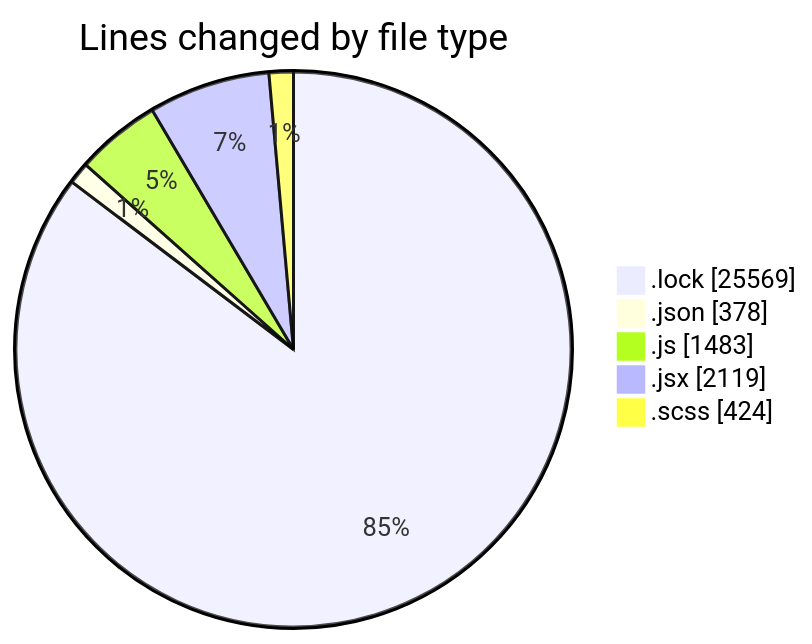
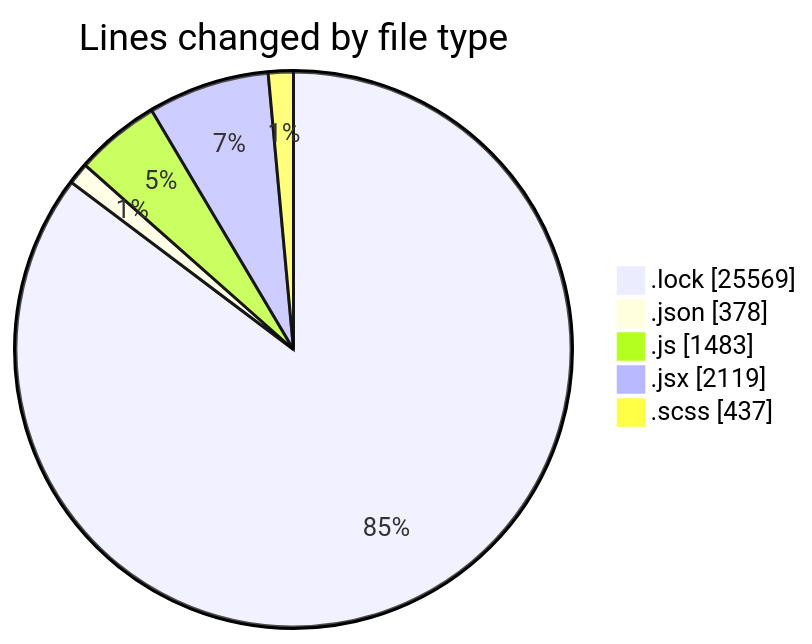
One commit to momahboobian/code-tracking changed the first of 2 diagrams in 2026-01-07/cda/README.md. Above: the diagram before and after it, drawn with Mermaid. The commit also changed other lines of this file and 1 other file, not shown here.

````diff
--- a/2026-01-07/cda/README.md
+++ b/2026-01-07/cda/README.md
@@ -50,9 +50,9 @@
 ```mermaid
 pie showData
 title Lines changed by file type
 ".lock" : 25569
 ".json" : 378
 ".js" : 1483
 ".jsx" : 2119
-".scss" : 424
+".scss" : 437
 ```
````
